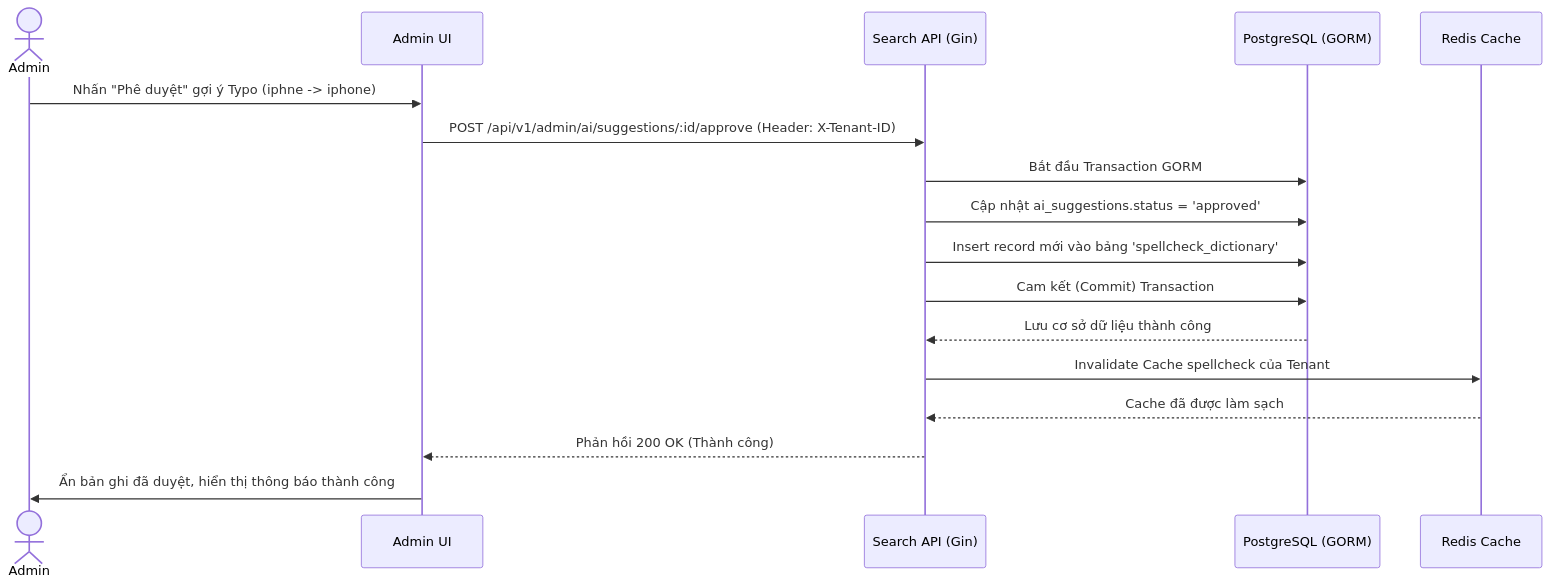
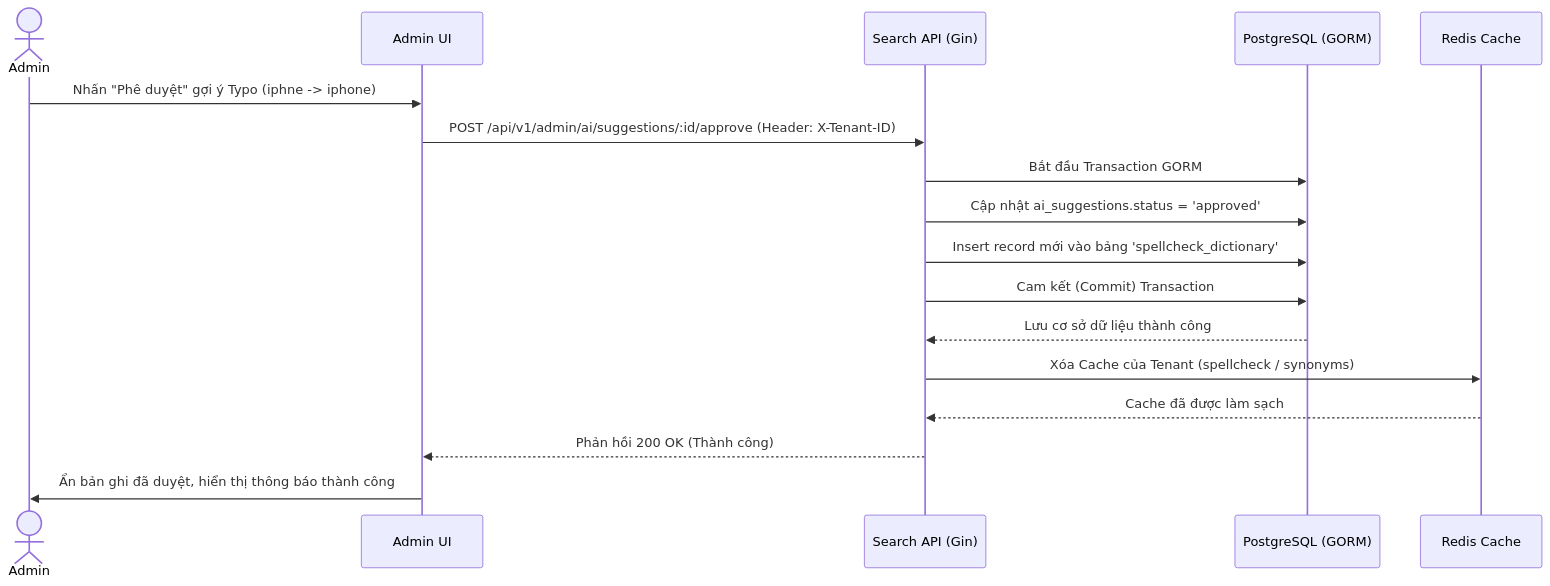
The diagram in ba/user-stories/US-012-Approve-AI-Suggestion.md (PhamHao1412/search-engine), drawn with Mermaid before and after one commit. The commit also changed other lines of this file and 27 other files, not shown here.

Commit message:
[main/day5]feat: implement search spellcheck (us-004), AI suggestions (us-010), and admin dictionary approval(us-012)

````diff
--- a/ba/user-stories/US-012-Approve-AI-Suggestion.md
+++ b/ba/user-stories/US-012-Approve-AI-Suggestion.md
@@ -48,20 +47,20 @@
 ```mermaid
 sequenceDiagram
 actor Admin
 participant UI as Admin UI
 participant SearchAPI as Search API (Gin)
 participant DB as PostgreSQL (GORM)
 participant Redis as Redis Cache
 
 Admin->>UI: Nhấn "Phê duyệt" gợi ý Typo (iphne -> iphone)
 UI->>SearchAPI: POST /api/v1/admin/ai/suggestions/:id/approve (Header: X-Tenant-ID)
 SearchAPI->>DB: Bắt đầu Transaction GORM
 SearchAPI->>DB: Cập nhật ai_suggestions.status = 'approved'
 SearchAPI->>DB: Insert record mới vào bảng 'spellcheck_dictionary'
 SearchAPI->>DB: Cam kết (Commit) Transaction
 DB-->>SearchAPI: Lưu cơ sở dữ liệu thành công
-SearchAPI->>Redis: Invalidate Cache spellcheck của Tenant
+SearchAPI->>Redis: Xóa Cache của Tenant (spellcheck / synonyms)
 Redis-->>SearchAPI: Cache đã được làm sạch
 SearchAPI-->>UI: Phản hồi 200 OK (Thành công)
 UI->>Admin: Ẩn bản ghi đã duyệt, hiển thị thông báo thành công
 ```
````
